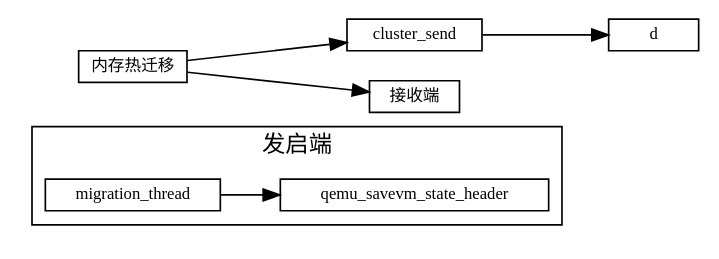
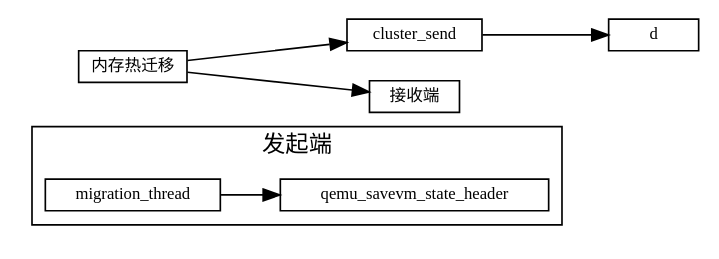
Before and after one commit to sisyphus1212/note: the diagram in 虚拟化/热迁移/1-内存热迁移.md, drawn with Graphviz.

Commit message:
auto_update

````diff
--- a/虚拟化/热迁移/1-内存热迁移.md
+++ b/虚拟化/热迁移/1-内存热迁移.md
@@ -11,21 +11,21 @@
 ```graphviz
 digraph 热迁移 {
 fontname="Helvetica,Arial,sans-serif"
 //node [fontname="Helvetica,Arial,sans-serif"]
 edge [fontname="Helvetica,Arial,sans-serif"]
 rankdir="LR"
 node [fontsize=10, shape=box, height=0.25]
 edge [fontsize=10]
 
   subgraph cluster_send {
-    label="发启端";
+    label="发起端";
     migration_thread -> qemu_savevm_state_header
   }
 
 内存热迁移 [label="内存热迁移"]
 内存热迁移 -> cluster_send
            -> d
 
 内存热迁移 -> 接收端
 }
 ```
````
